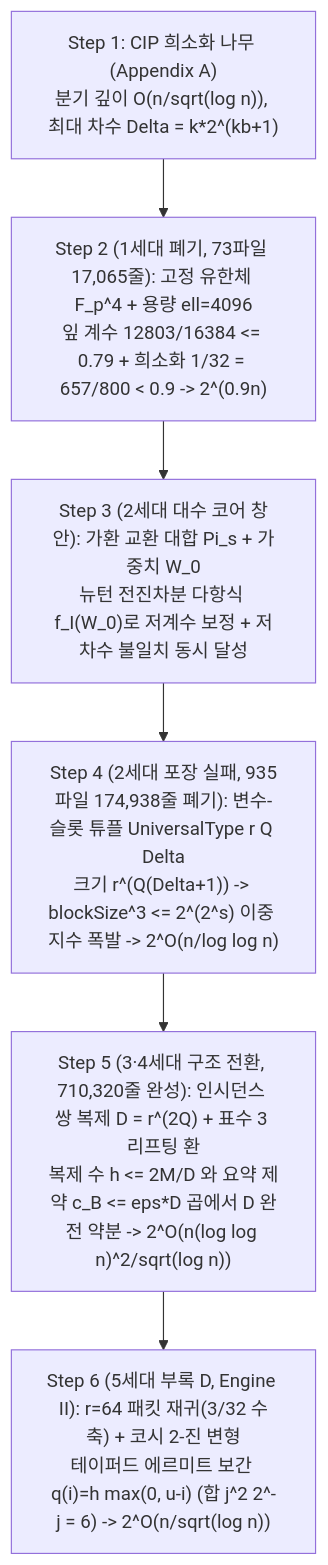
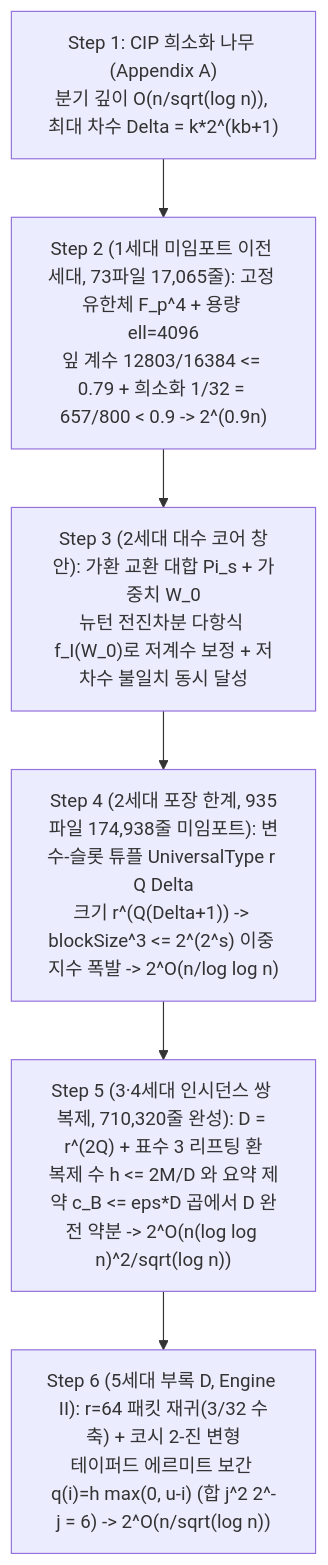
Before and after one commit to gilheumpark-bit/ultari-proof-anatomy: the diagram in anatomy/004-openai-378-eth-disproof/ko/02_중급자용_구조및수식가이드.md, drawn with Mermaid. The commit also changed other lines of this file and 244 other files, not shown here.

````diff
--- a/anatomy/004-openai-378-eth-disproof/ko/02_중급자용_구조및수식가이드.md
+++ b/anatomy/004-openai-378-eth-disproof/ko/02_중급자용_구조및수식가이드.md
@@ -9,8 +9,8 @@
 ```mermaid
 flowchart TD
-    S1["Step 1: CIP 희소화 나무 (Appendix A)\n분기 깊이 O(n/sqrt(log n)), 최대 차수 Delta = k*2^(kb+1)"] --> S2["Step 2 (1세대 폐기, 73파일 17,065줄): 고정 유한체 F_p^4 + 용량 ell=4096\n잎 계수 12803/16384 <= 0.79 + 희소화 1/32 = 657/800 < 0.9 -> 2^(0.9n)"]
+    S1["Step 1: CIP 희소화 나무 (Appendix A)\n분기 깊이 O(n/sqrt(log n)), 최대 차수 Delta = k*2^(kb+1)"] --> S2["Step 2 (1세대 미임포트 이전 세대, 73파일 17,065줄): 고정 유한체 F_p^4 + 용량 ell=4096\n잎 계수 12803/16384 <= 0.79 + 희소화 1/32 = 657/800 < 0.9 -> 2^(0.9n)"]
     S2 --> S3["Step 3 (2세대 대수 코어 창안): 가환 교환 대합 Pi_s + 가중치 W_0\n뉴턴 전진차분 다항식 f_I(W_0)로 저계수 보정 + 저차수 불일치 동시 달성"]
-    S3 --> S4["Step 4 (2세대 포장 실패, 935파일 174,938줄 폐기): 변수-슬롯 튜플 UniversalType r Q Delta\n크기 r^(Q(Delta+1)) -> blockSize^3 <= 2^(2^s) 이중 지수 폭발 -> 2^O(n/log log n)"]
-    S4 --> S5["Step 5 (3·4세대 구조 전환, 710,320줄 완성): 인시던스 쌍 복제 D = r^(2Q) + 표수 3 리프팅 환\n복제 수 h <= 2M/D 와 요약 제약 c_B <= eps*D 곱에서 D 완전 약분 -> 2^O(n(log log n)^2/sqrt(log n))"]
+    S3 --> S4["Step 4 (2세대 포장 한계, 935파일 174,938줄 미임포트): 변수-슬롯 튜플 UniversalType r Q Delta\n크기 r^(Q(Delta+1)) -> blockSize^3 <= 2^(2^s) 이중 지수 폭발 -> 2^O(n/log log n)"]
+    S4 --> S5["Step 5 (3·4세대 인시던스 쌍 복제, 710,320줄 완성): D = r^(2Q) + 표수 3 리프팅 환\n복제 수 h <= 2M/D 와 요약 제약 c_B <= eps*D 곱에서 D 완전 약분 -> 2^O(n(log log n)^2/sqrt(log n))"]
     S5 --> S6["Step 6 (5세대 부록 D, Engine II): r=64 패킷 재귀(3/32 수축) + 코시 2-진 변형\n테이퍼드 에르미트 보간 q(i)=h max(0, u-i) (합 j^2 2^-j = 6) -> 2^O(n/sqrt(log n))"]
 ```
````
